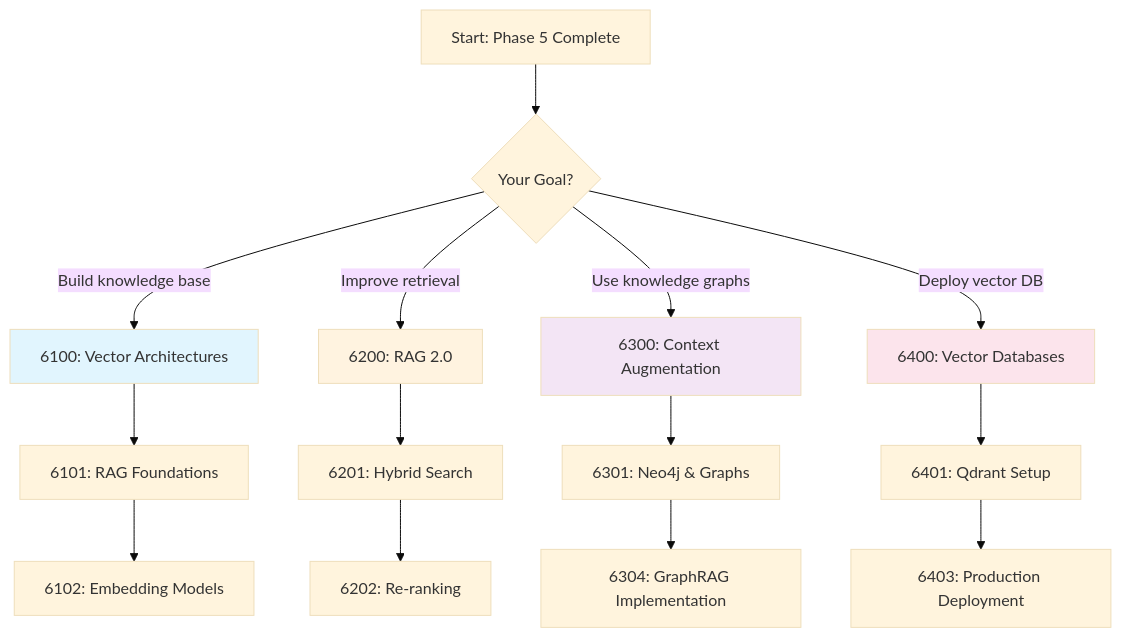
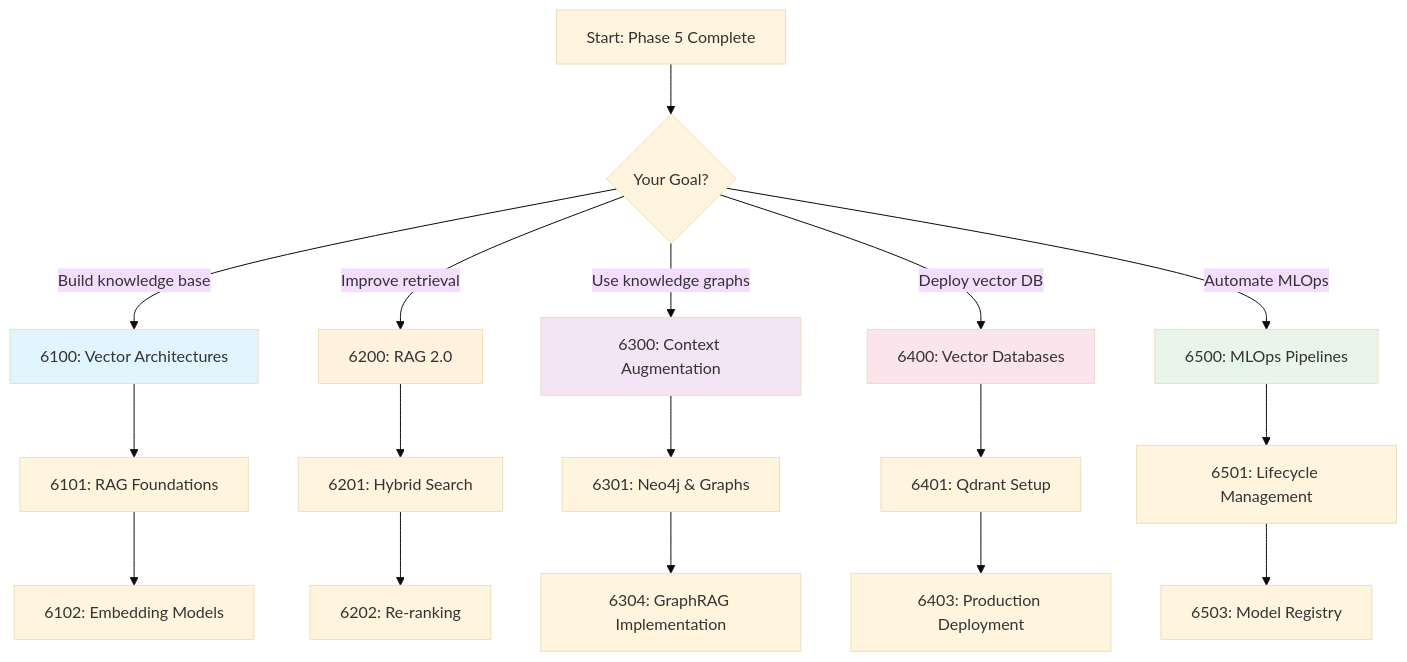
One commit to minderhq/academy changed the fourth of 4 diagrams in docs/phases/phase6-rag/README.md. Above: the diagram before and after it, drawn with Mermaid (base theme). The commit also changed other lines of this file and 1 other file, not shown here.

````diff
--- a/docs/phases/phase6-rag/README.md
+++ b/docs/phases/phase6-rag/README.md
@@ -395,26 +416,31 @@
 ```mermaid
 graph TD
     A[Start: Phase 5 Complete] --> B{Your Goal?}
 
     B -->|Build knowledge base| C[6100: Vector Architectures]
     B -->|Improve retrieval| D[6200: RAG 2.0]
     B -->|Use knowledge graphs| E[6300: Context Augmentation]
     B -->|Deploy vector DB| F[6400: Vector Databases]
+    B -->|Automate MLOps| O[6500: MLOps Pipelines]
 
     C --> G[6101: RAG Foundations]
     G --> H[6102: Embedding Models]
 
     D --> I[6201: Hybrid Search]
     I --> J[6202: Re-ranking]
 
     E --> K[6301: Neo4j & Graphs]
     K --> L[6304: GraphRAG Implementation]
 
     F --> M[6401: Qdrant Setup]
     M --> N[6403: Production Deployment]
 
+    O --> P[6501: Lifecycle Management]
+    P --> Q[6503: Model Registry]
+
     style C fill:#e1f5fe
     style D fill:#fff3e0
     style E fill:#f3e5f5
     style F fill:#fce4ec
+    style O fill:#e8f5e9
 ```
````
